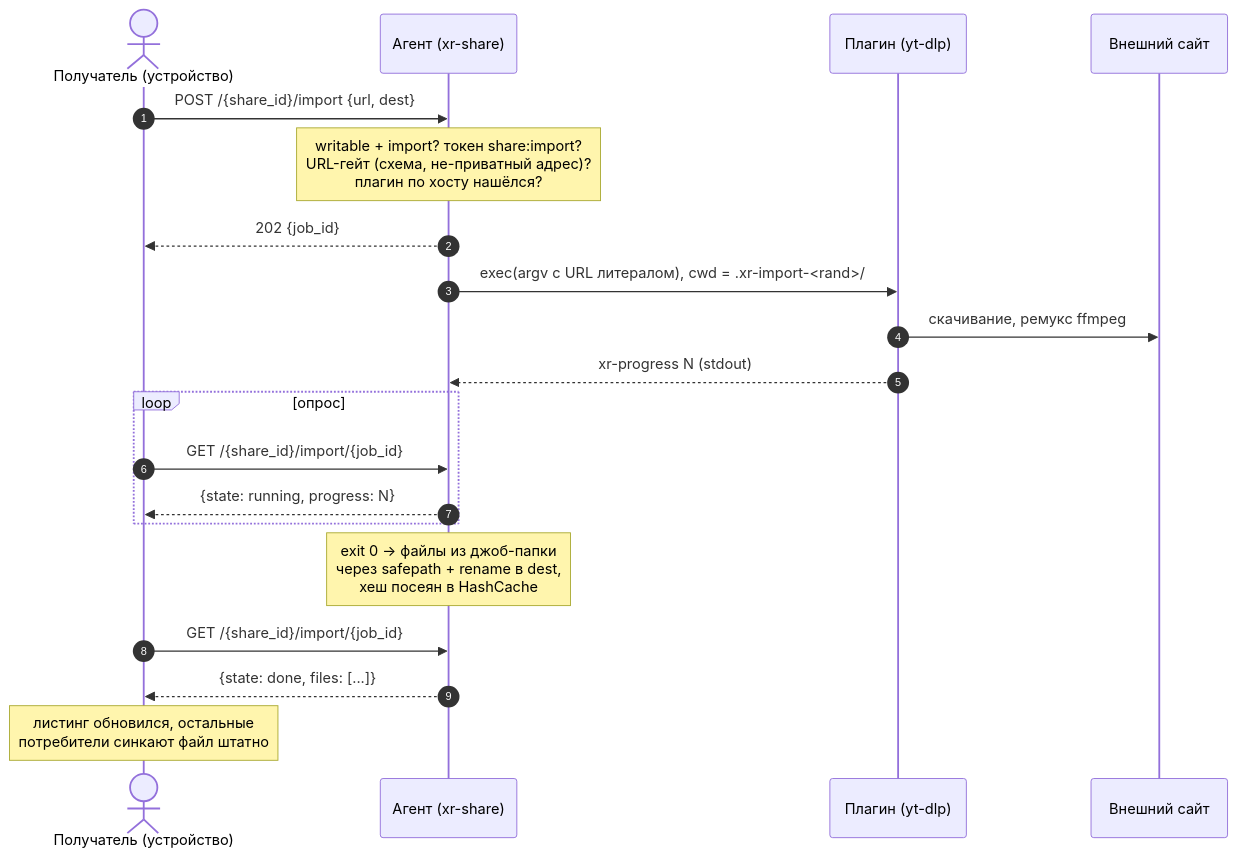
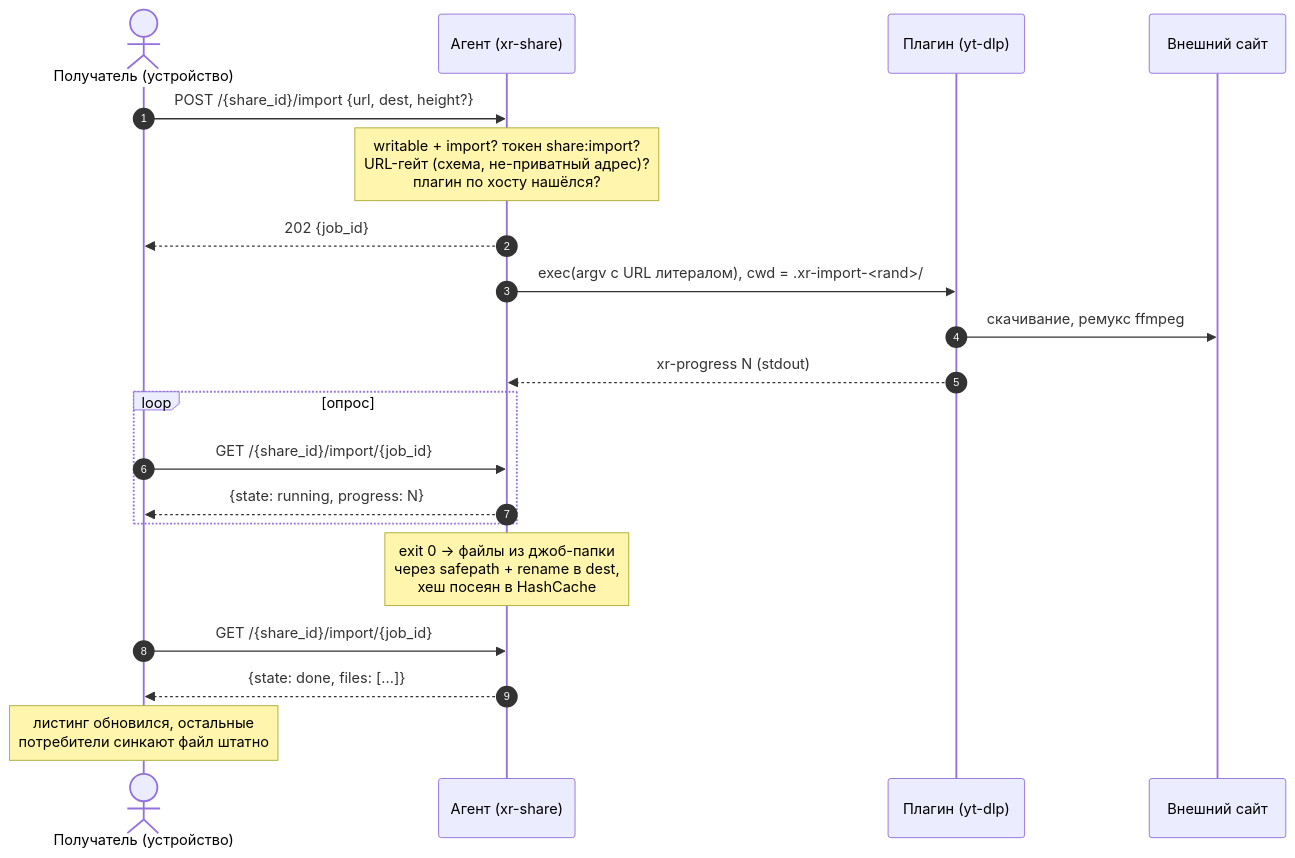
The diagram in docs/lld/29-share-url-import.md (dronrider/xr-proxy), drawn with Mermaid before and after one commit. The commit also changed other lines of this file and 1 other file, not shown here.

Commit message:
docs(lld): XR-052 LLD-29 качество параметром джобы (height с планкой max_height владельца) и бутстрап конфига плагинов через share --import

````diff
--- a/docs/lld/29-share-url-import.md
+++ b/docs/lld/29-share-url-import.md
@@ -28,23 +28,23 @@
 ```mermaid
 sequenceDiagram
     autonumber
     actor User as Получатель (устройство)
     participant Agent as Агент (xr-share)
     participant Plugin as Плагин (yt-dlp)
     participant Site as Внешний сайт
 
-    User->>Agent: POST /{share_id}/import {url, dest}
+    User->>Agent: POST /{share_id}/import {url, dest, height?}
     Note over Agent: writable + import? токен share:import?<br/>URL-гейт (схема, не-приватный адрес)?<br/>плагин по хосту нашёлся?
     Agent-->>User: 202 {job_id}
     Agent->>Plugin: exec(argv c URL литералом), cwd = .xr-import-<rand>/
     Plugin->>Site: скачивание, ремукс ffmpeg
     Plugin-->>Agent: xr-progress N (stdout)
     loop опрос
         User->>Agent: GET /{share_id}/import/{job_id}
         Agent-->>User: {state: running, progress: N}
     end
     Note over Agent: exit 0 -> файлы из джоб-папки<br/>через safepath + rename в dest,<br/>хеш посеян в HashCache
     User->>Agent: GET /{share_id}/import/{job_id}
     Agent-->>User: {state: done, files: [...]}
     Note over User: листинг обновился, остальные<br/>потребители синкают файл штатно
 ```
````
